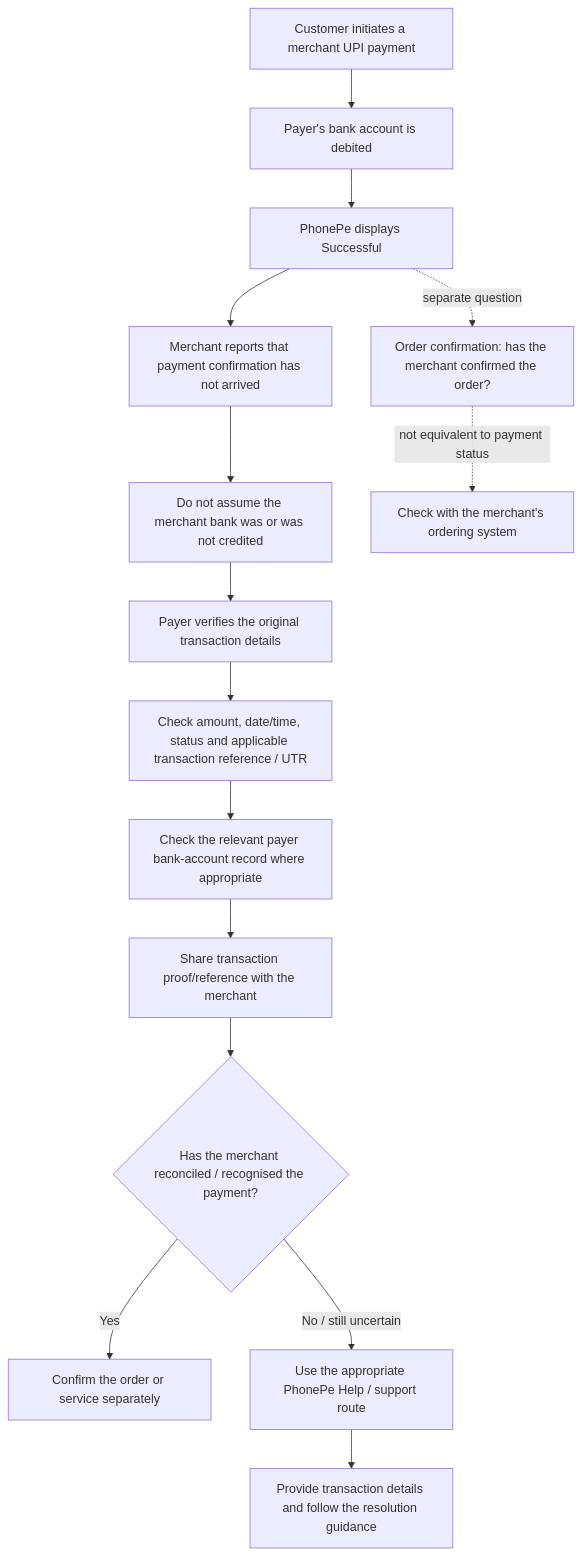
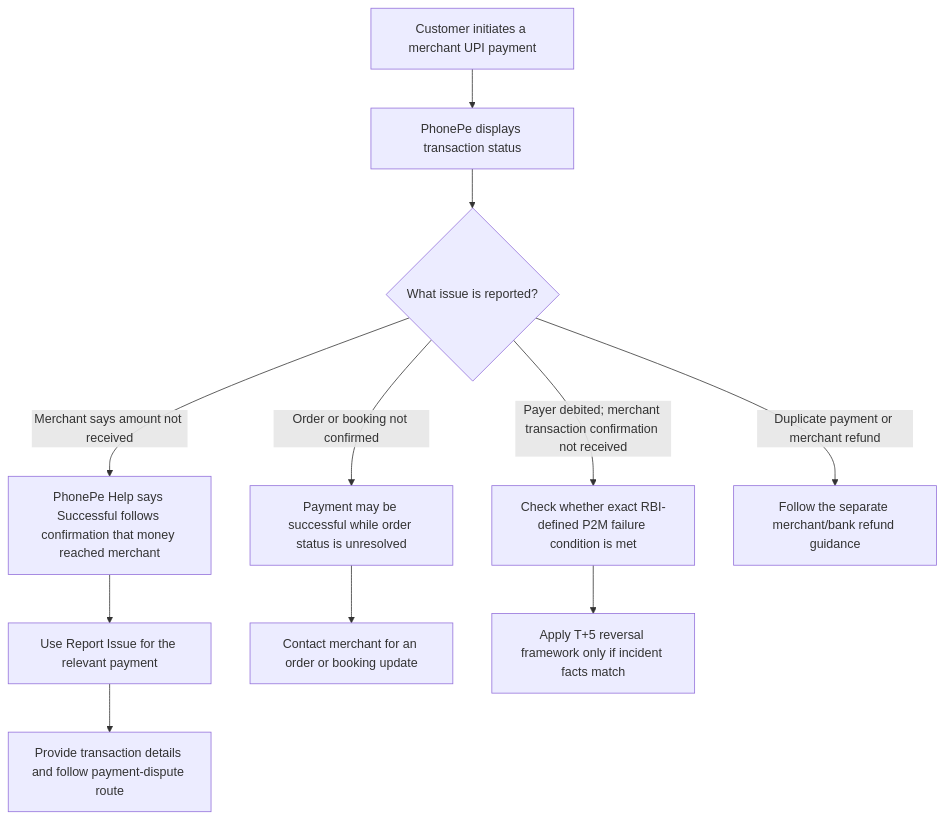
Before and after one commit to ANIKETKOLI20/UPI-Transaction-Failure---Recovery--From-Payment-Uncertainty-to-Resolution: the second of 2 diagrams in 08_Final_Teardown/Workflow_Diagrams.md, drawn with Mermaid. The commit also changed other lines of this file and 38 other files, not shown here.

Commit message:
docs: add official RBI NPCI and PhonePe documentation

````diff
--- a/08_Final_Teardown/Workflow_Diagrams.md
+++ b/08_Final_Teardown/Workflow_Diagrams.md
@@ -61,19 +61,17 @@
 ```mermaid
 flowchart TD
-    A[Customer initiates a merchant UPI payment] --> B[Payer's bank account is debited]
-    B --> C[PhonePe displays Successful]
-    C --> D[Merchant reports that payment confirmation has not arrived]
+    A[Customer initiates a merchant UPI payment] --> B[PhonePe displays transaction status]
+    B --> C{What issue is reported?}
 
-    D --> E[Do not assume the merchant bank was or was not credited]
-    E --> F[Payer verifies the original transaction details]
-    F --> G[Check amount, date/time, status and applicable transaction reference / UTR]
-    G --> H[Check the relevant payer bank-account record where appropriate]
-    H --> I[Share transaction proof/reference with the merchant]
-    I --> J{Has the merchant reconciled / recognised the payment?}
-    J -->|Yes| K[Confirm the order or service separately]
-    J -->|No / still uncertain| L[Use the appropriate PhonePe Help / support route]
-    L --> M[Provide transaction details and follow the resolution guidance]
+    C -->|Merchant says amount not received| D[PhonePe Help says Successful follows confirmation that money reached merchant]
+    D --> E[Use Report Issue for the relevant payment]
+    E --> F[Provide transaction details and follow payment-dispute route]
 
-    C -. separate question .-> N[Order confirmation: has the merchant confirmed the order?]
-    N -. not equivalent to payment status .-> O[Check with the merchant's ordering system]
+    C -->|Order or booking not confirmed| G[Payment may be successful while order status is unresolved]
+    G --> H[Contact merchant for an order or booking update]
+
+    C -->|Payer debited; merchant transaction confirmation not received| I[Check whether exact RBI-defined P2M failure condition is met]
+    I --> J[Apply T+5 reversal framework only if incident facts match]
+
+    C -->|Duplicate payment or merchant refund| K[Follow the separate merchant/bank refund guidance]
 ```
````
